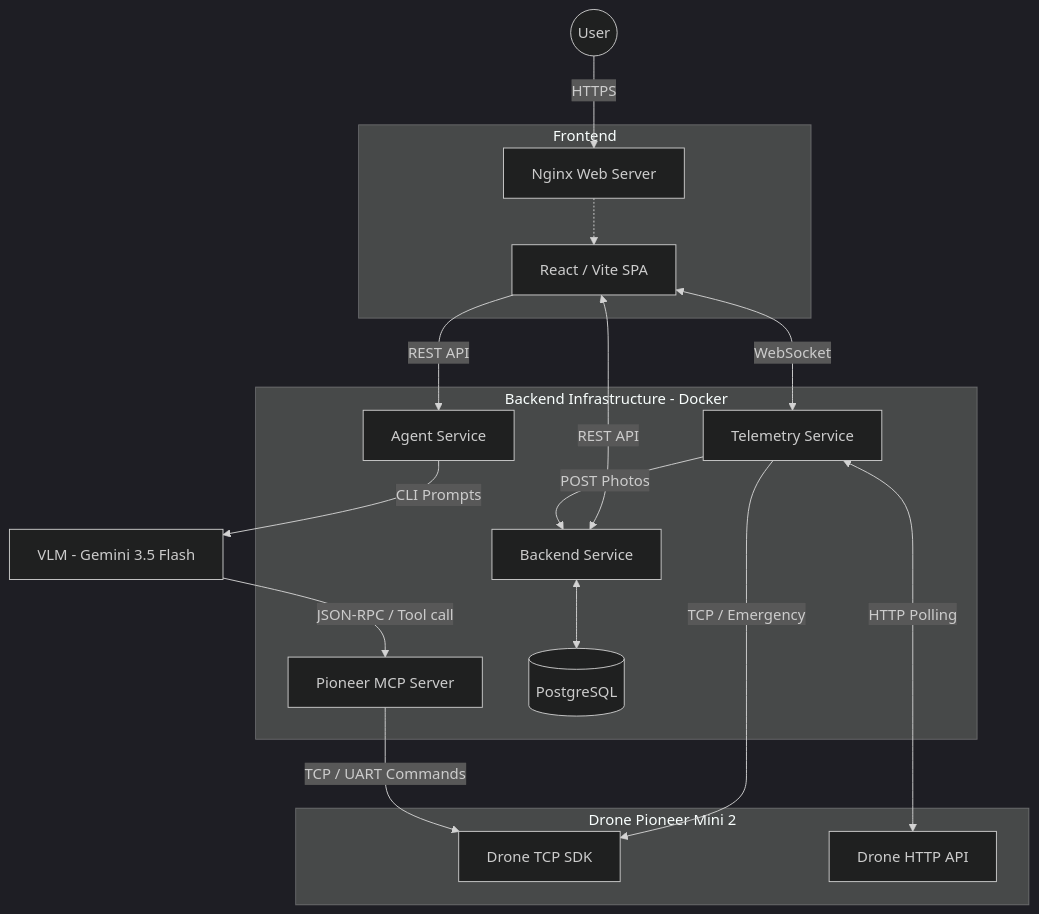
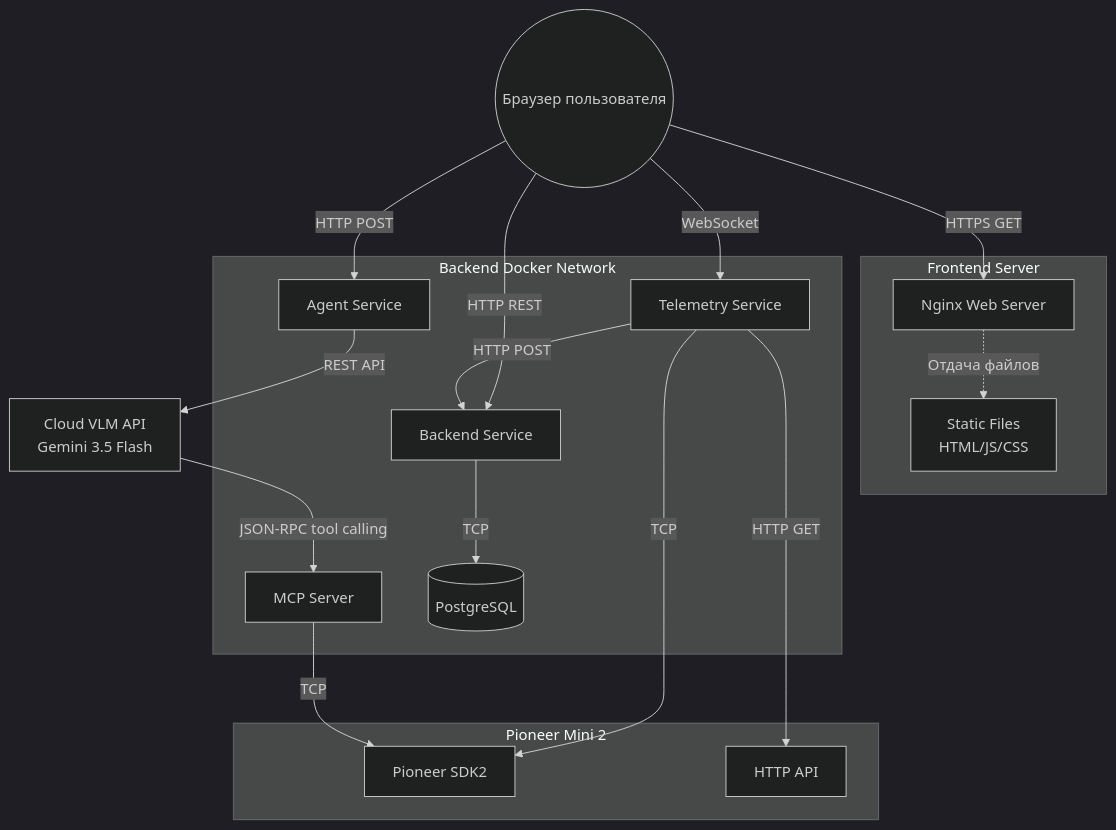
The second of 2 diagrams in README.md (krisikas/Geoscan_MOPS), drawn with Mermaid (dark theme) before and after one commit. The commit also changed other lines of this file and 5 other files, not shown here.

````diff
--- a/README.md
+++ b/README.md
@@ -85,39 +103,41 @@
 ```mermaid
 flowchart TD
-    subgraph Frontend_Layer[Frontend]
-        Static[React / Vite SPA]
+    User((Браузер пользователя))
+
+    subgraph Frontend_Layer[Frontend Server]
         Nginx[Nginx Web Server]
+        Static[Static Files \nHTML/JS/CSS]
     end
 
-    subgraph Docker_Backend[Backend Infrastructure - Docker]
+    subgraph Docker_Backend[Backend Docker Network]
         Backend[Backend Service]
         AIService[Agent Service]
         Telemetry[Telemetry Service]
-        MCP[Pioneer MCP Server]
+        MCP[MCP Server]
         DB[(PostgreSQL)]
     end
 
-    subgraph Drone_Layer[Drone Pioneer Mini 2]
-        DroneTCP[Drone TCP SDK]
-        DroneHTTP[Drone HTTP API]
+    subgraph Drone_Layer[Pioneer Mini 2]
+        PioneerSDK2[Pioneer SDK2]
+        HTTPAPI[HTTP API]
     end
 
-    VLM[VLM - Gemini 3.5 Flash]
+    VLM[Cloud VLM API \nGemini 3.5 Flash]
 
-    User((User)) -->|HTTPS| Nginx
-    Nginx -.-> Static
+    User -->|HTTPS GET| Nginx
+    Nginx -.->|Отдача файлов| Static
     
-    Static <-->|REST API| Backend
-    Static <-->|WebSocket| Telemetry
-    Static -->|REST API| AIService
+    User -->|HTTP REST| Backend
+    User -->|WebSocket| Telemetry
+    User -->|HTTP POST| AIService
     
-    Backend <--> DB
+    Backend -->|TCP| DB
     
-    Telemetry <-->|HTTP Polling| DroneHTTP
-    Telemetry -->|TCP / Emergency| DroneTCP
-    Telemetry -->|POST Photos| Backend
+    Telemetry -->|HTTP GET| HTTPAPI
+    Telemetry -->|TCP| PioneerSDK2
+    Telemetry -->|HTTP POST| Backend
     
-    AIService -->|CLI Prompts| VLM
-    VLM -->|JSON-RPC / Tool call| MCP
-    MCP -->|TCP / UART Commands| DroneTCP
+    AIService -->|REST API| VLM
+    VLM -->|JSON-RPC tool calling| MCP
+    MCP -->|TCP| PioneerSDK2
 ```
````
